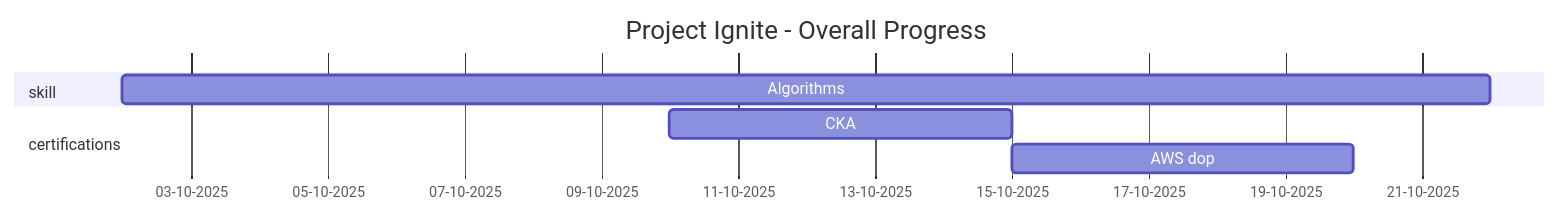
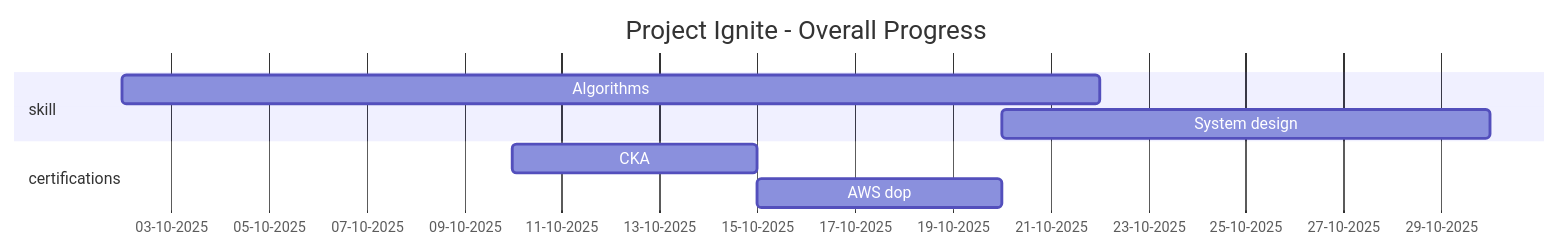
One commit to Navdeep-Singh-Ghotra/ignite changed the second of 2 diagrams in README.md. Above: the diagram before and after it, drawn with Mermaid.

Commit message:
adding mermaid template for gantt

````diff
--- a/README.md
+++ b/README.md
@@ -34,11 +34,12 @@
 ```mermaid
 gantt
     title Project Ignite - Overall Progress
     dateFormat  DD-MM-YYYY
     axisFormat %d-%m-%Y
     section skill
     Algorithms       : a1, 02-10-2025, 20d
+    System design : 20-10-2025,10d 
     section certifications
     CKA       : 10-10-2025, 5d
     AWS dop       : 15-10-2025, 5d
 ```
````
